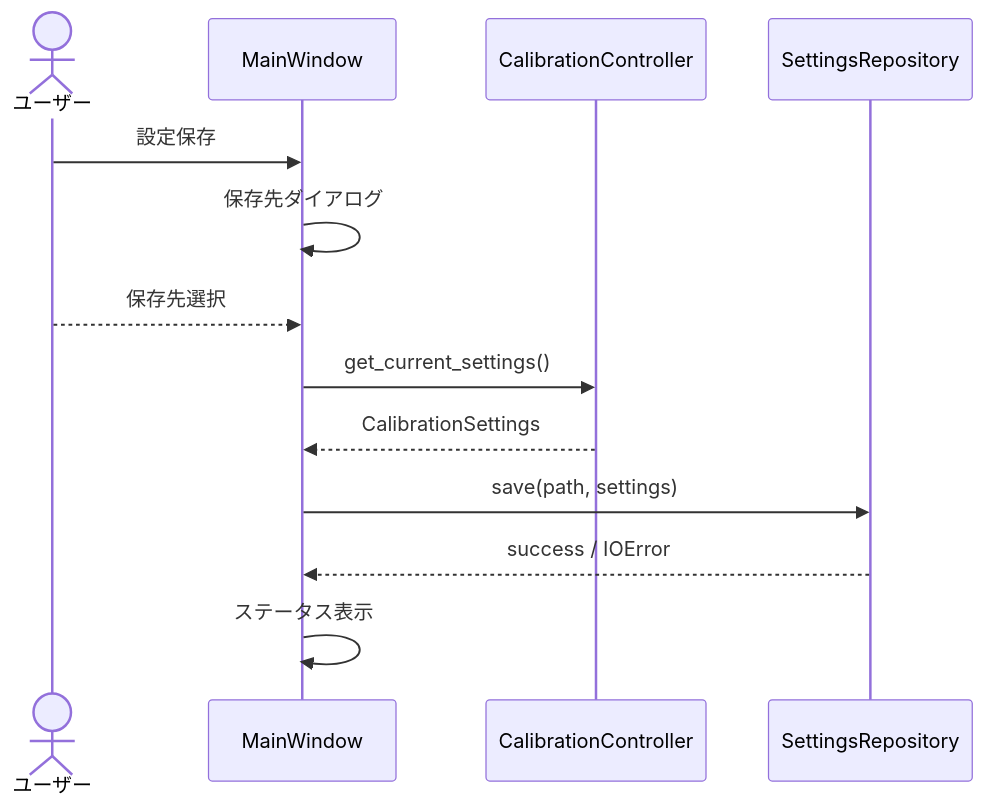
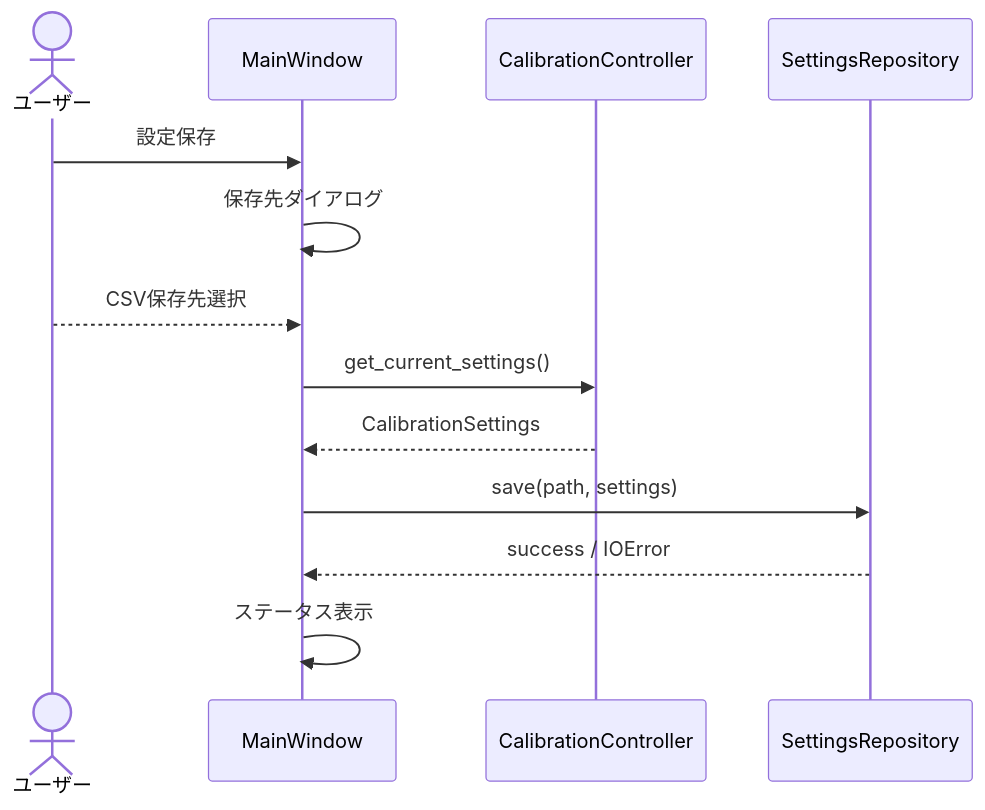
One commit to Pakfat50/FiveHolePitotTubeCalibration changed the fourth of 12 diagrams in docs/architecture_design.md. Above: the diagram before and after it, drawn with Mermaid. The commit also changed other lines of this file, not shown here.

Commit message:
docs: align architecture with CSV settings handling

````diff
--- a/docs/architecture_design.md
+++ b/docs/architecture_design.md
@@ -128,15 +128,15 @@
 ```mermaid
 sequenceDiagram
     actor User as ユーザー
     participant MainWindow
     participant Controller as CalibrationController
     participant SettingsRepo as SettingsRepository
     User->>MainWindow: 設定保存
     MainWindow->>MainWindow: 保存先ダイアログ
-    User-->>MainWindow: 保存先選択
+    User-->>MainWindow: CSV保存先選択
     MainWindow->>Controller: get_current_settings()
     Controller-->>MainWindow: CalibrationSettings
     MainWindow->>SettingsRepo: save(path, settings)
     SettingsRepo-->>MainWindow: success / IOError
     MainWindow->>MainWindow: ステータス表示
 ```
````
